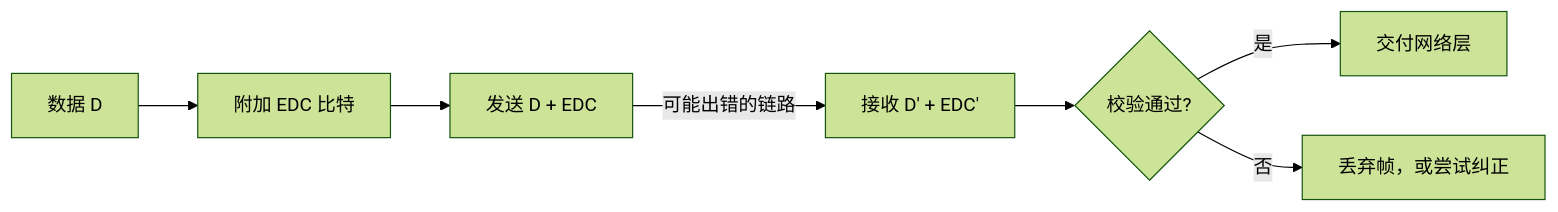
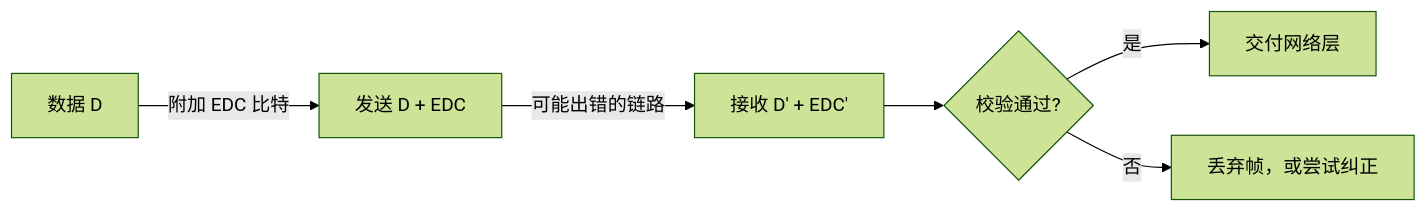
Before and after one commit to Meer-Matze/Meer-Matze.github.io: the third of 13 diagrams in src/content/posts/链路层和局域网.md, drawn with Mermaid (forest theme). The commit also changed other lines of this file, not shown here.

````diff
--- a/src/content/posts/链路层和局域网.md
+++ b/src/content/posts/链路层和局域网.md
@@ -158,9 +179,8 @@
 ```mermaid
 flowchart LR
-    D["数据 D"] --> E["附加 EDC 比特"]
-    E --> T["发送 D + EDC"]
+    D["数据 D"] -->|"附加 EDC 比特"| T["发送 D + EDC"]
     T -->|可能出错的链路| R["接收 D′ + EDC′"]
     R --> C{"校验通过?"}
     C -->|"是"| OK["交付网络层"]
     C -->|"否"| BAD["丢弃帧，或尝试纠正"]
 ```
````
